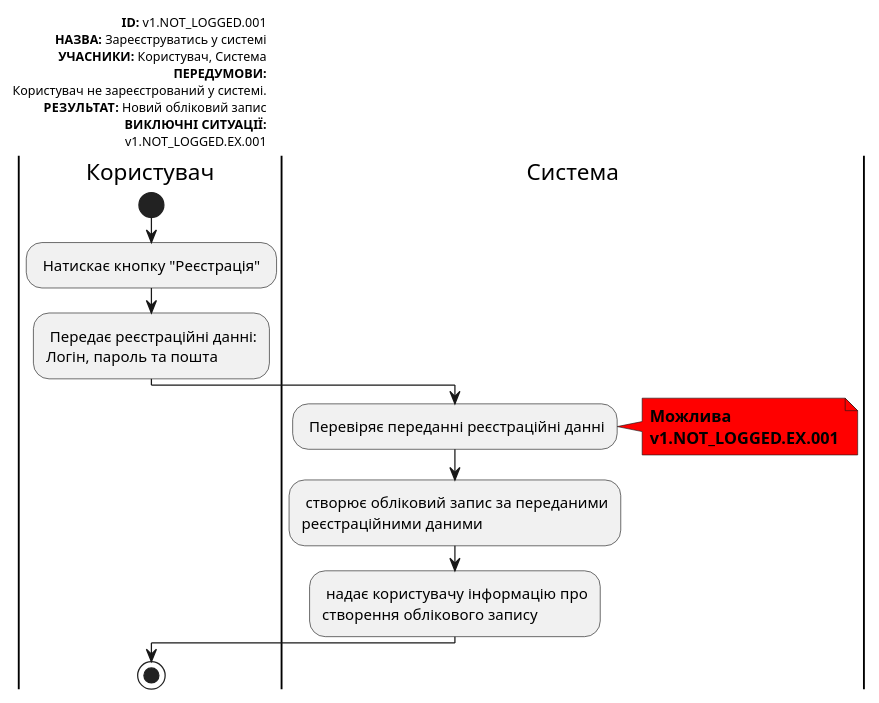
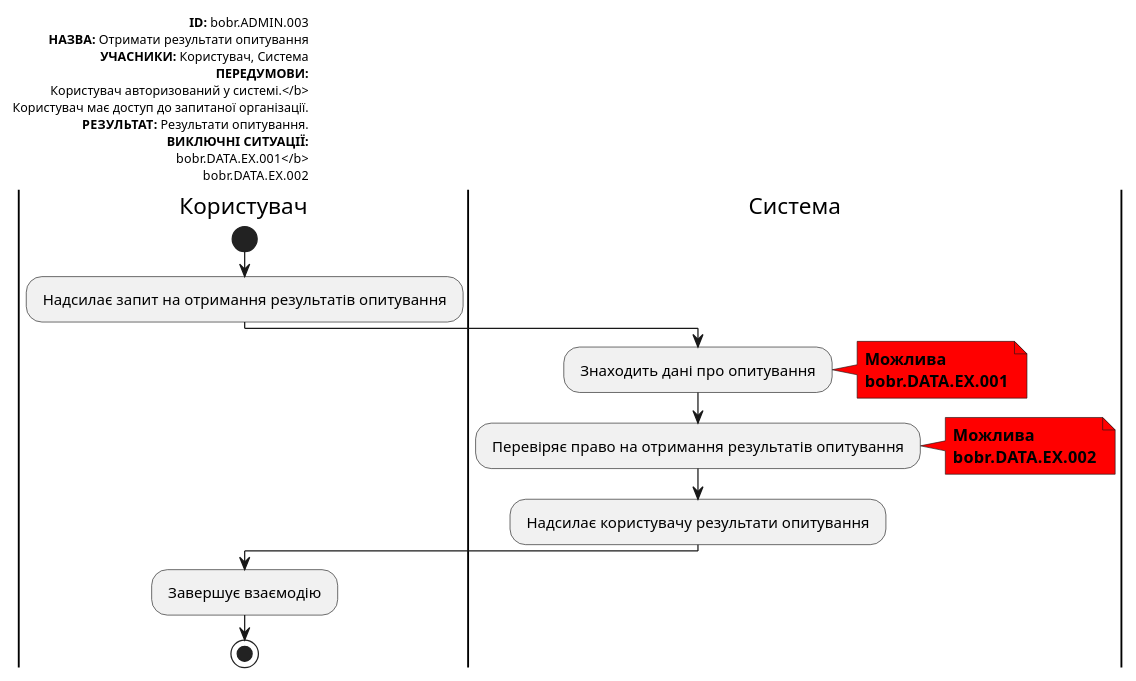
Before and after one commit to bochka123/bobryataStars: the third of 8 diagrams in docs/use cases/README.md, drawn with PlantUML. The commit also changed other lines of this file, not shown here.

```diff
--- a/docs/use cases/README.md
+++ b/docs/use cases/README.md
@@ -18,37 +128,41 @@
   @startuml
 
         left header
-             <font color=000 size=10><b>ID:</b> v1.NOT_LOGGED.001
-             <font color=000 size=10><b>НАЗВА:</b> Зареєструватись у системі
+             <font color=000 size=10><b>ID:</b> bobr.ADMIN.003
+             <font color=000 size=10><b>НАЗВА:</b> Отримати результати опитування
              <font color=000 size=10><b>УЧАСНИКИ:</b> Користувач, Система
              <font color=000 size=10><b>ПЕРЕДУМОВИ:</b>
-             <font color=000 size=10>Користувач не зареєстрований у системі.
-             <font color=000 size=10><b>РЕЗУЛЬТАТ:</b> Новий обліковий запис
+             <font color=000 size=10>Користувач авторизований у системі.</b>
+             <font color=000 size=10>Користувач має доступ до запитаної організації.
+             <font color=000 size=10><b>РЕЗУЛЬТАТ:</b> Результати опитування.
              <font color=000 size=10><b>ВИКЛЮЧНІ СИТУАЦІЇ:</b>
-             <font color=000 size=10>v1.NOT_LOGGED.EX.001
+             <font color=000 size=10>bobr.DATA.EX.001</b>
+             <font color=000 size=10>bobr.DATA.EX.002
          end header
 
          |Користувач|
              start
-             : Натискає кнопку "Реєстрація" ;
-             : Передає реєстраційні данні:
-             Логін, пароль та пошта;
+             : Надсилає запит на отримання результатів опитування ;
 
          |Система|
-             : Перевіряє переданні реєстраційні данні;
+             : Знаходить дані про опитування ;
 
              note right #ff0000
              <b>Можлива</b>
-             <b>v1.NOT_LOGGED.EX.001</b>
+             <b>bobr.DATA.EX.001</b>
              end note
 
-             : створює обліковий запис за переданими
-             реєстраційними даними;
+             : Перевіряє право на отримання результатів опитування ;
 
-             : надає користувачу інформацію про
-             створення облікового запису;
+            note right #ff0000
+             <b>Можлива</b>
+             <b>bobr.DATA.EX.002</b>
+             end note
+
+             : Надсилає користувачу результати опитування ;
 
          |Користувач|
+             : Завершує взаємодію ;
              stop;
 
   @enduml
```
